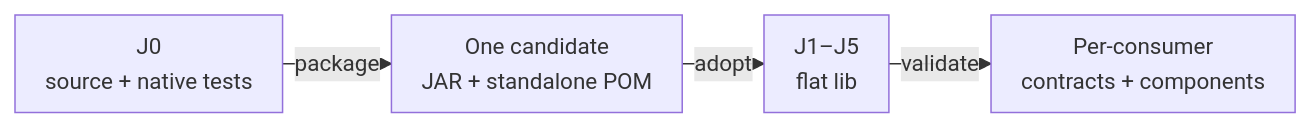
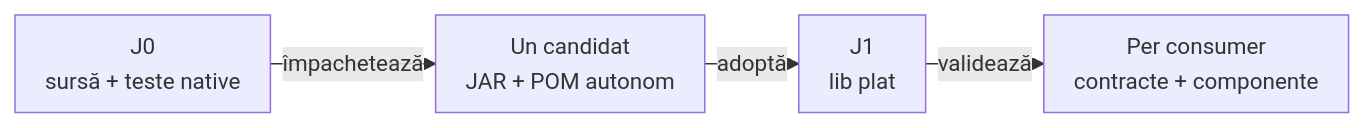
The diagram in docs/ATF_Platform_Libraries.md (crististefanita/atf_j1), drawn with Mermaid before and after one commit. The commit also changed other lines of this file and 71 other files, not shown here.

````diff
--- a/docs/ATF_Platform_Libraries.md
+++ b/docs/ATF_Platform_Libraries.md
@@ -31,7 +31,7 @@
 ```mermaid
 %%{init: {"themeVariables":{"fontSize":"15px"},"themeCSS":".nodeLabel, .nodeLabel p { font-size: 15px !important; line-height: 1.35 !important; } .edgeLabel, .edgeLabel p { font-size: 12px !important; font-weight: 400 !important; line-height: 1.2 !important; } .edgeLabel .labelBkg, .edgeLabel p { background: transparent !important; } .edgeLabel foreignObject { transform: translateY(-18px); overflow: visible; } .node rect { rx: 6px; ry: 6px; }","flowchart":{"curve":"linear","nodeSpacing":24,"rankSpacing":16,"padding":10,"diagramPadding":16}}}%%
 flowchart LR
-    Source["J0<br/>source + native tests"] -->|package| Pair["One candidate<br/>JAR + standalone POM"]
-    Pair -->|adopt| Lib["J1–J5<br/>flat lib"]
-    Lib -->|validate| Acceptance["Per-consumer<br/>contracts + components"]
+    Source["J0<br/>sursă + teste native"] -->|împachetează| Pair["Un candidat<br/>JAR + POM autonom"]
+    Pair -->|adoptă| Lib["J1<br/>lib plat"]
+    Lib -->|validează| Acceptance["Per consumer<br/>contracte + componente"]
 ```
````
